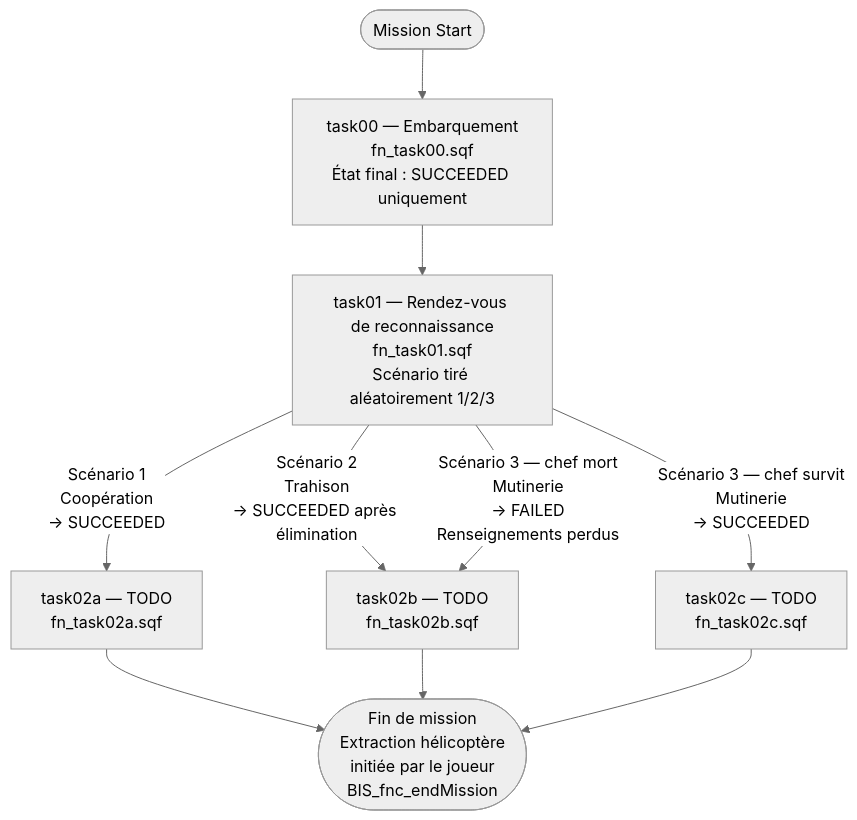
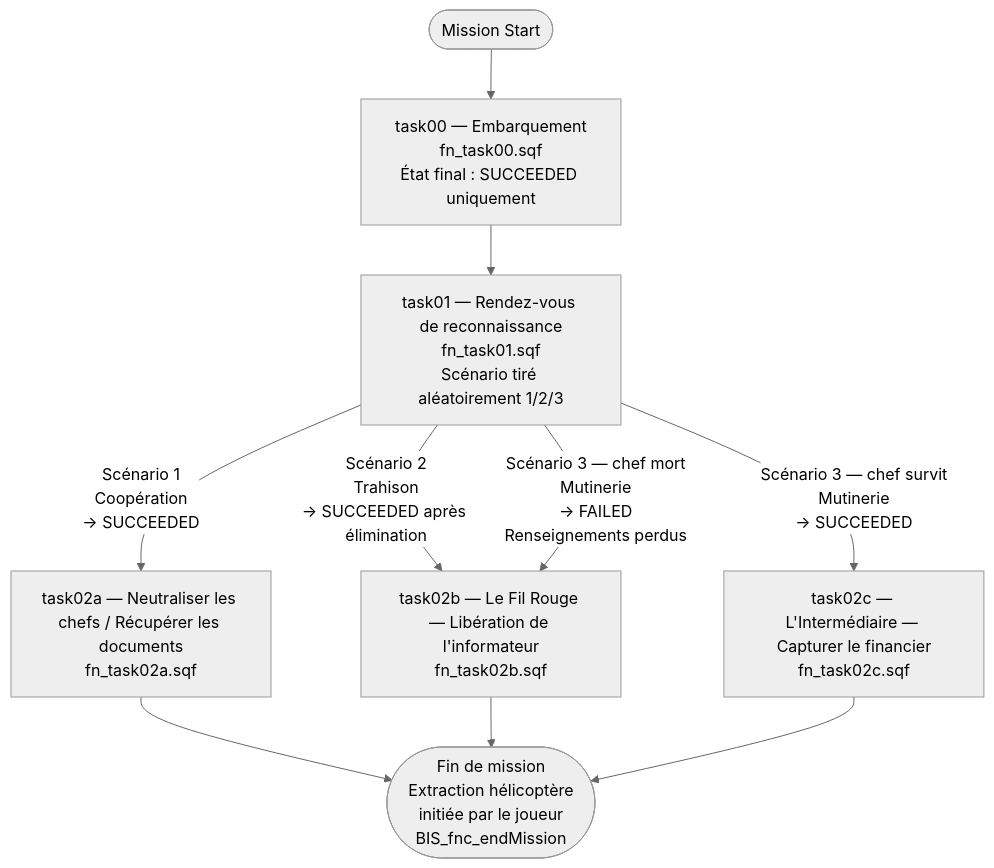
One commit to la404family/Unstable changed the diagram in tasks/TASK_TREE.md. Above: the diagram before and after it, drawn with Mermaid (neutral theme). The commit also changed other lines of this file and 10 other files, not shown here.

````diff
--- a/tasks/TASK_TREE.md
+++ b/tasks/TASK_TREE.md
@@ -10,24 +10,24 @@
 ```mermaid
 flowchart TD
     START([Mission Start]) --> T00
 
     T00["task00 — Embarquement\nfn_task00.sqf\nÉtat final : SUCCEEDED uniquement"]
     T00 --> T01
 
     T01["task01 — Rendez-vous de reconnaissance\nfn_task01.sqf\nScénario tiré aléatoirement 1/2/3"]
 
     T01 -->|"Scénario 1\nCoopération\n→ SUCCEEDED"| T02A
     T01 -->|"Scénario 2\nTrahison\n→ SUCCEEDED après élimination"| T02B
     T01 -->|"Scénario 3 — chef survit\nMutinerie\n→ SUCCEEDED"| T02C
     T01 -->|"Scénario 3 — chef mort\nMutinerie\n→ FAILED\nRenseignements perdus"| T02B
 
-    T02A["task02a — TODO\nfn_task02a.sqf"]
-    T02B["task02b — TODO\nfn_task02b.sqf"]
-    T02C["task02c — TODO\nfn_task02c.sqf"]
+    T02A["task02a — Neutraliser les chefs / Récupérer les documents\nfn_task02a.sqf"]
+    T02B["task02b — Le Fil Rouge — Libération de l'informateur\nfn_task02b.sqf"]
+    T02C["task02c — L'Intermédiaire — Capturer le financier\nfn_task02c.sqf"]
 
     T02A --> EXFIL
     T02B --> EXFIL
     T02C --> EXFIL
 
     EXFIL(["Fin de mission\nExtraction hélicoptère\ninitiée par le joueur\nBIS_fnc_endMission"])
 ```
````
